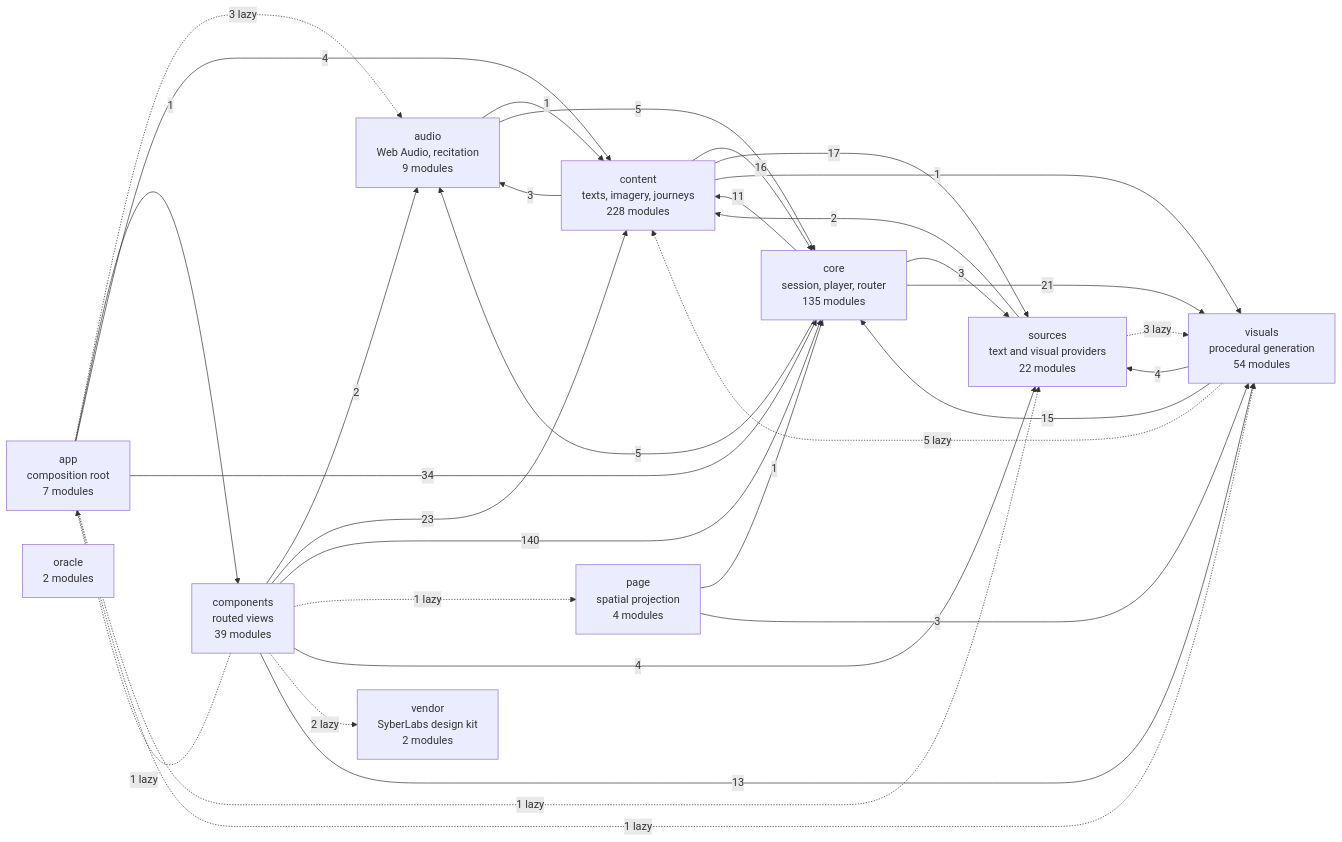
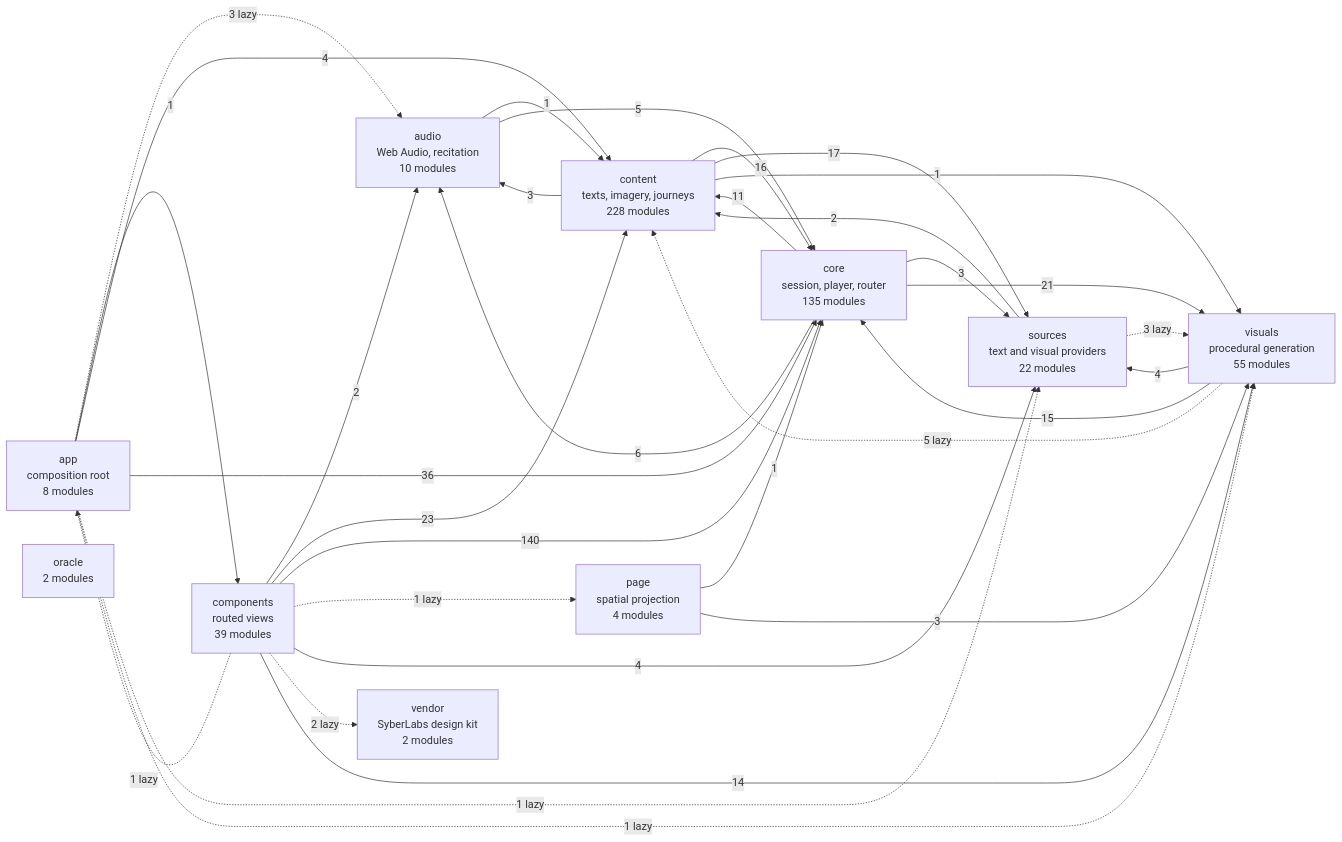
The diagram in docs/specs/ARCHITECTURE.md (SyberLabs/RISE), drawn with Mermaid before and after one commit. The commit also changed 28 other files, not shown here.

````diff
--- a/docs/specs/ARCHITECTURE.md
+++ b/docs/specs/ARCHITECTURE.md
@@ -160,45 +160,45 @@
 ```mermaid
 flowchart LR
-    app["app<br/>composition root<br/>7 modules"]
-    audio["audio<br/>Web Audio, recitation<br/>9 modules"]
+    app["app<br/>composition root<br/>8 modules"]
+    audio["audio<br/>Web Audio, recitation<br/>10 modules"]
     components["components<br/>routed views<br/>39 modules"]
     content["content<br/>texts, imagery, journeys<br/>228 modules"]
     core["core<br/>session, player, router<br/>135 modules"]
     oracle["oracle<br/>2 modules"]
     page["page<br/>spatial projection<br/>4 modules"]
     sources["sources<br/>text and visual providers<br/>22 modules"]
     vendor["vendor<br/>SyberLabs design kit<br/>2 modules"]
-    visuals["visuals<br/>procedural generation<br/>54 modules"]
+    visuals["visuals<br/>procedural generation<br/>55 modules"]
 
     app -.-> |3 lazy| audio
     app --> |1| components
     app --> |4| content
-    app --> |34| core
+    app --> |36| core
     app -.-> |1 lazy| sources
     app -.-> |1 lazy| visuals
     audio --> |1| content
     audio --> |5| core
     components -.-> |1 lazy| app
     components --> |2| audio
     components --> |23| content
     components --> |140| core
     components -.-> |1 lazy| page
     components --> |4| sources
     components -.-> |2 lazy| vendor
-    components --> |13| visuals
+    components --> |14| visuals
     content --> |3| audio
     content --> |16| core
     content --> |17| sources
     content --> |1| visuals
-    core --> |5| audio
+    core --> |6| audio
     core --> |11| content
     core --> |3| sources
     core --> |21| visuals
     page --> |1| core
     page --> |3| visuals
     sources --> |2| content
     sources -.-> |3 lazy| visuals
     visuals -.-> |5 lazy| content
     visuals --> |15| core
     visuals --> |4| sources
 ```
````
